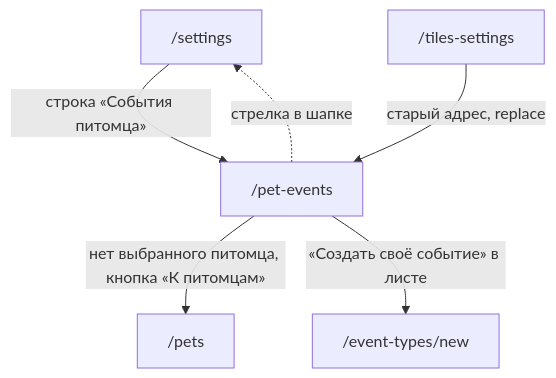
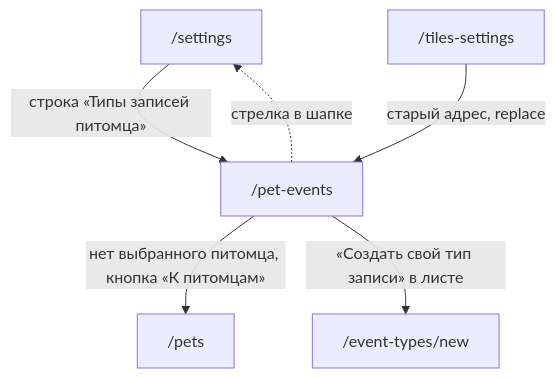
The diagram in docs/ux/pet-events.md (aa-blinov/petzy), drawn with Mermaid before and after one commit. The commit also changed other lines of this file and 31 other files, not shown here.

Commit message:
Проверки и документы: слово «событие» заменено на «запись» и «тип записи»

````diff
--- a/docs/ux/pet-events.md
+++ b/docs/ux/pet-events.md
@@ -41,13 +41,13 @@
 ```mermaid
 graph TD
   settings["/settings"]
   pets["/pets"]
   old["/tiles-settings"]
 
-  settings -->|"строка «События питомца»"| events["/pet-events"]
+  settings -->|"строка «Типы записей питомца»"| events["/pet-events"]
   old -->|"старый адрес, replace"| events
   events -->|"нет выбранного питомца, кнопка «К питомцам»"| pets
-  events -->|"«Создать своё событие» в листе"| newtype["/event-types/new"]
+  events -->|"«Создать свой тип записи» в листе"| newtype["/event-types/new"]
 
   events -. "стрелка в шапке" .-> settings
 ```
````
